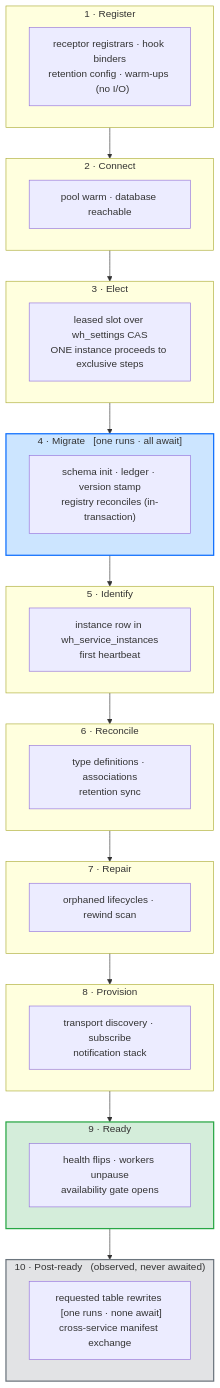
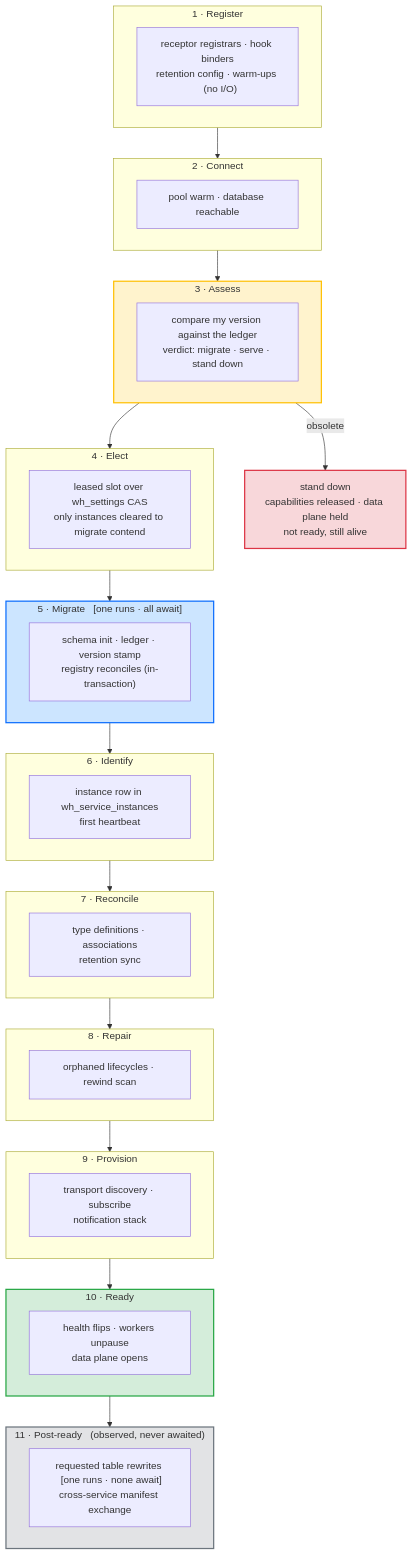
One commit to whizbang-lib/whizbang-lib.github.io changed the second of 2 diagrams in src/assets/docs/proposals/startup-pipeline.md. Above: the diagram before and after it, drawn with Mermaid. The commit also changed other lines of this file, not shown here.

First paragraph of the commit message:
docs(proposal): add Assess — decide the version relationship before changing anything
A pre-migration step that compares this instance's version against the ledger and
produces a verdict before any DDL runs: migrate, serve without migrating, or stand down.

````diff
--- a/src/assets/docs/proposals/startup-pipeline.md
+++ b/src/assets/docs/proposals/startup-pipeline.md
@@ -83,39 +83,46 @@
 ```mermaid
 graph TB
     subgraph Register["1 · Register"]
         G1["receptor registrars · hook binders<br/>retention config · warm-ups &nbsp;&nbsp;(no I/O)"]
     end
     subgraph Connect["2 · Connect"]
         C1["pool warm · database reachable"]
     end
-    subgraph Elect["3 · Elect"]
-        E1["leased slot over wh_settings CAS<br/>ONE instance proceeds to exclusive steps"]
+    subgraph Assess["3 · Assess"]
+        A1["compare my version against the ledger<br/>verdict: migrate · serve · stand down"]
     end
-    subgraph Migrate["4 · Migrate &nbsp;&nbsp;[one runs · all await]"]
+    subgraph Elect["4 · Elect"]
+        E1["leased slot over wh_settings CAS<br/>only instances cleared to migrate contend"]
+    end
+    subgraph Migrate["5 · Migrate &nbsp;&nbsp;[one runs · all await]"]
         M1["schema init · ledger · version stamp<br/>registry reconciles (in-transaction)"]
     end
-    subgraph Identify["5 · Identify"]
+    subgraph Identify["6 · Identify"]
         I1["instance row in wh_service_instances<br/>first heartbeat"]
     end
-    subgraph Reconcile["6 · Reconcile"]
+    subgraph Reconcile["7 · Reconcile"]
         R1["type definitions · associations<br/>retention sync"]
     end
-    subgraph Repair["7 · Repair"]
+    subgraph Repair["8 · Repair"]
         P1["orphaned lifecycles · rewind scan"]
     end
-    subgraph Provision["8 · Provision"]
+    subgraph Provision["9 · Provision"]
         V1["transport discovery · subscribe<br/>notification stack"]
     end
-    subgraph Ready["9 · Ready"]
-        Y1["health flips · workers unpause<br/>availability gate opens"]
+    subgraph Ready["10 · Ready"]
+        Y1["health flips · workers unpause<br/>data plane opens"]
     end
-    subgraph Post["10 · Post-ready &nbsp;&nbsp;(observed, never awaited)"]
+    subgraph Post["11 · Post-ready &nbsp;&nbsp;(observed, never awaited)"]
         Z1["requested table rewrites &nbsp;[one runs · none await]<br/>cross-service manifest exchange"]
     end
+    Down["stand down<br/>capabilities released · data plane held<br/>not ready, still alive"]
 
-    Register --> Connect --> Elect --> Migrate --> Identify --> Reconcile --> Repair --> Provision --> Ready --> Post
+    Register --> Connect --> Assess --> Elect --> Migrate --> Identify --> Reconcile --> Repair --> Provision --> Ready --> Post
+    Assess -->|"obsolete"| Down
 
     style Migrate fill:#cce5ff,stroke:#0d6efd,stroke-width:2px
     style Post fill:#e2e3e5,stroke:#6c757d,stroke-width:2px
     style Ready fill:#d4edda,stroke:#28a745,stroke-width:2px
+    style Assess fill:#fff3cd,stroke:#ffc107,stroke-width:2px
+    style Down fill:#f8d7da,stroke:#dc3545,stroke-width:2px
 ```
````
